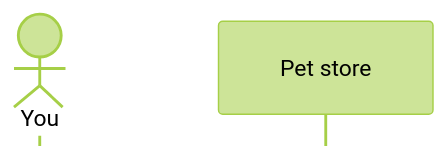
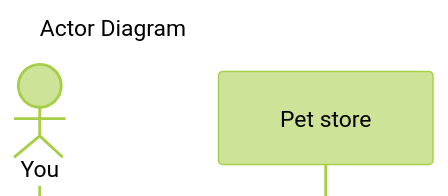
Before and after one commit to carolyncole/i_love_mermaid: the second of 7 diagrams in empty-flow.md, drawn with Mermaid (forest theme). The commit also changed other lines of this file, not shown here.

````diff
--- a/empty-flow.md
+++ b/empty-flow.md
@@ -23,6 +23,7 @@
   ```mermaid
   sequenceDiagram
   %%{init: { 'sequence': {'mirrorActors':false} } }%%
+    title Actor Diagram
     actor you as You
     participant store as Pet store
   ```
````
